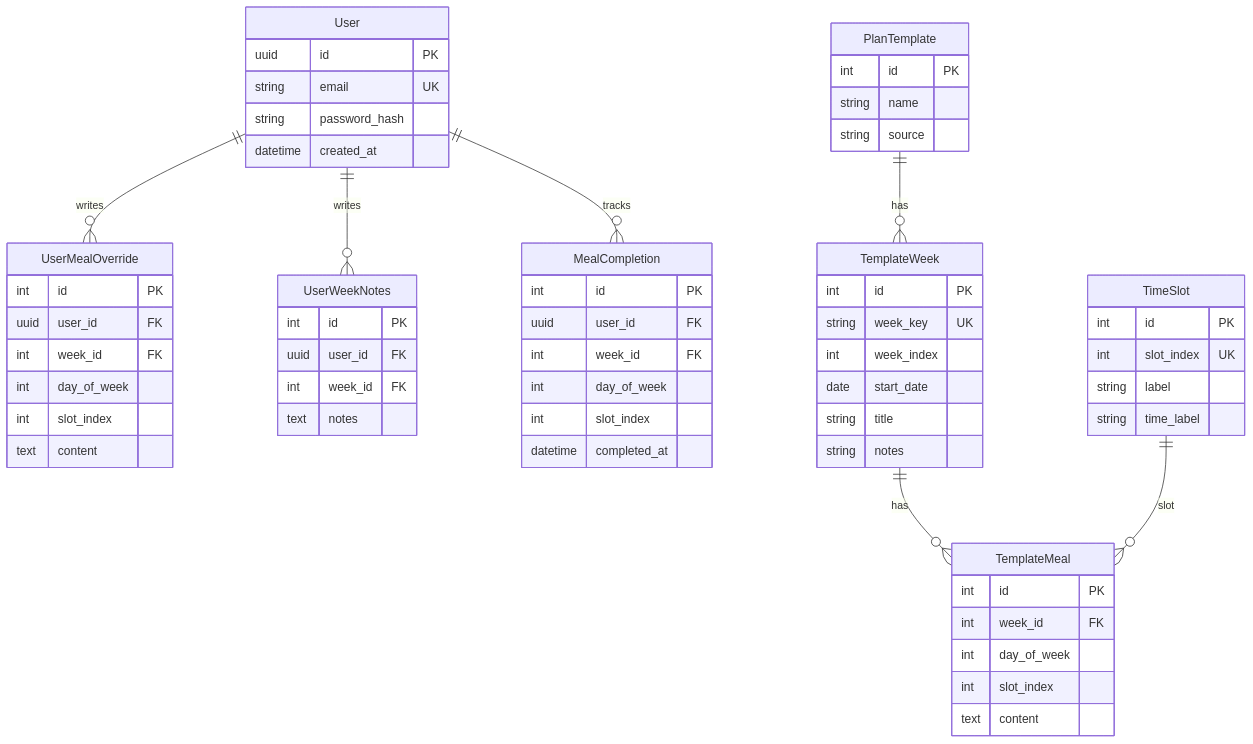
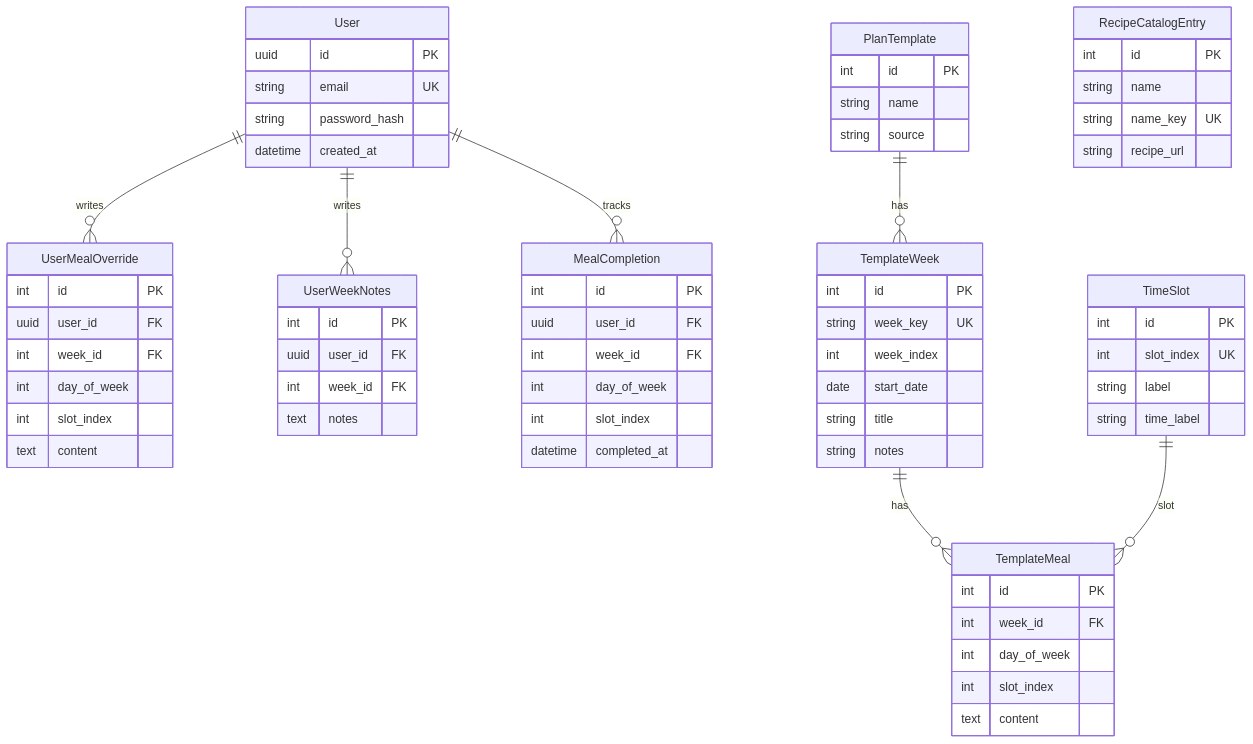
The second of 2 diagrams in docs/ARCHITECTURE.md (yayatitech/DailyDiet), drawn with Mermaid before and after one commit. The commit also changed other lines of this file and 22 other files, not shown here.

First line of the commit message:
Add meal items, recipe catalog, and fix bcrypt auth crash

````diff
--- a/docs/ARCHITECTURE.md
+++ b/docs/ARCHITECTURE.md
@@ -69,64 +71,70 @@
 ```mermaid
 erDiagram
   User ||--o{ UserMealOverride : writes
   User ||--o{ UserWeekNotes : writes
   User ||--o{ MealCompletion : tracks
   PlanTemplate ||--o{ TemplateWeek : has
   TemplateWeek ||--o{ TemplateMeal : has
   TimeSlot ||--o{ TemplateMeal : slot
 
   User {
     uuid id PK
     string email UK
     string password_hash
     datetime created_at
   }
   TimeSlot {
     int id PK
     int slot_index UK
     string label
     string time_label
   }
   PlanTemplate {
     int id PK
     string name
     string source
   }
   TemplateWeek {
     int id PK
     string week_key UK
     int week_index
     date start_date
     string title
     string notes
   }
   TemplateMeal {
     int id PK
     int week_id FK
     int day_of_week
     int slot_index
     text content
   }
   UserMealOverride {
     int id PK
     uuid user_id FK
     int week_id FK
     int day_of_week
     int slot_index
     text content
   }
   UserWeekNotes {
     int id PK
     uuid user_id FK
     int week_id FK
     text notes
   }
   MealCompletion {
     int id PK
     uuid user_id FK
     int week_id FK
     int day_of_week
     int slot_index
     datetime completed_at
   }
+  RecipeCatalogEntry {
+    int id PK
+    string name
+    string name_key UK
+    string recipe_url
+  }
 ```
````
